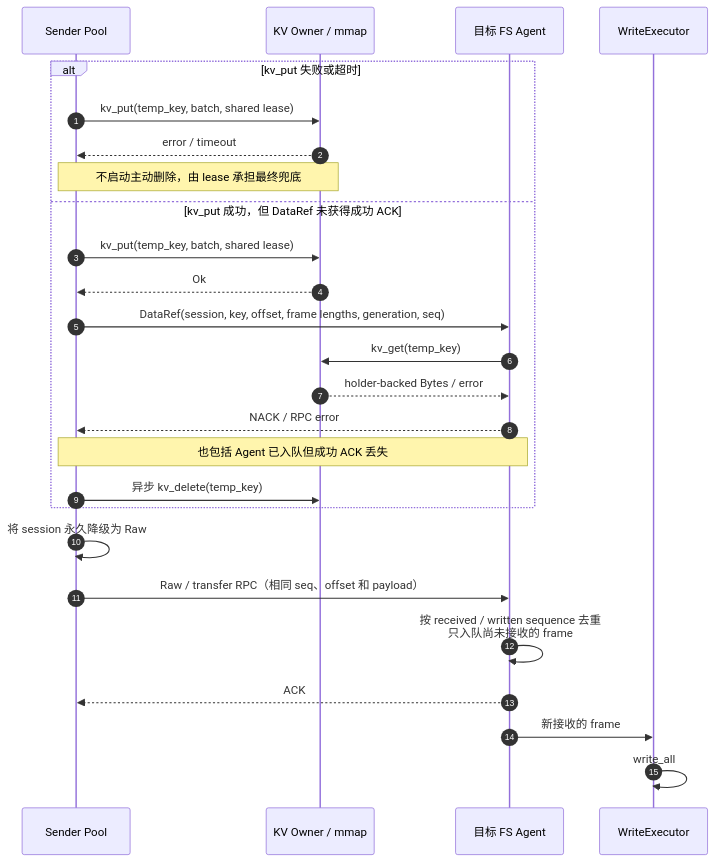
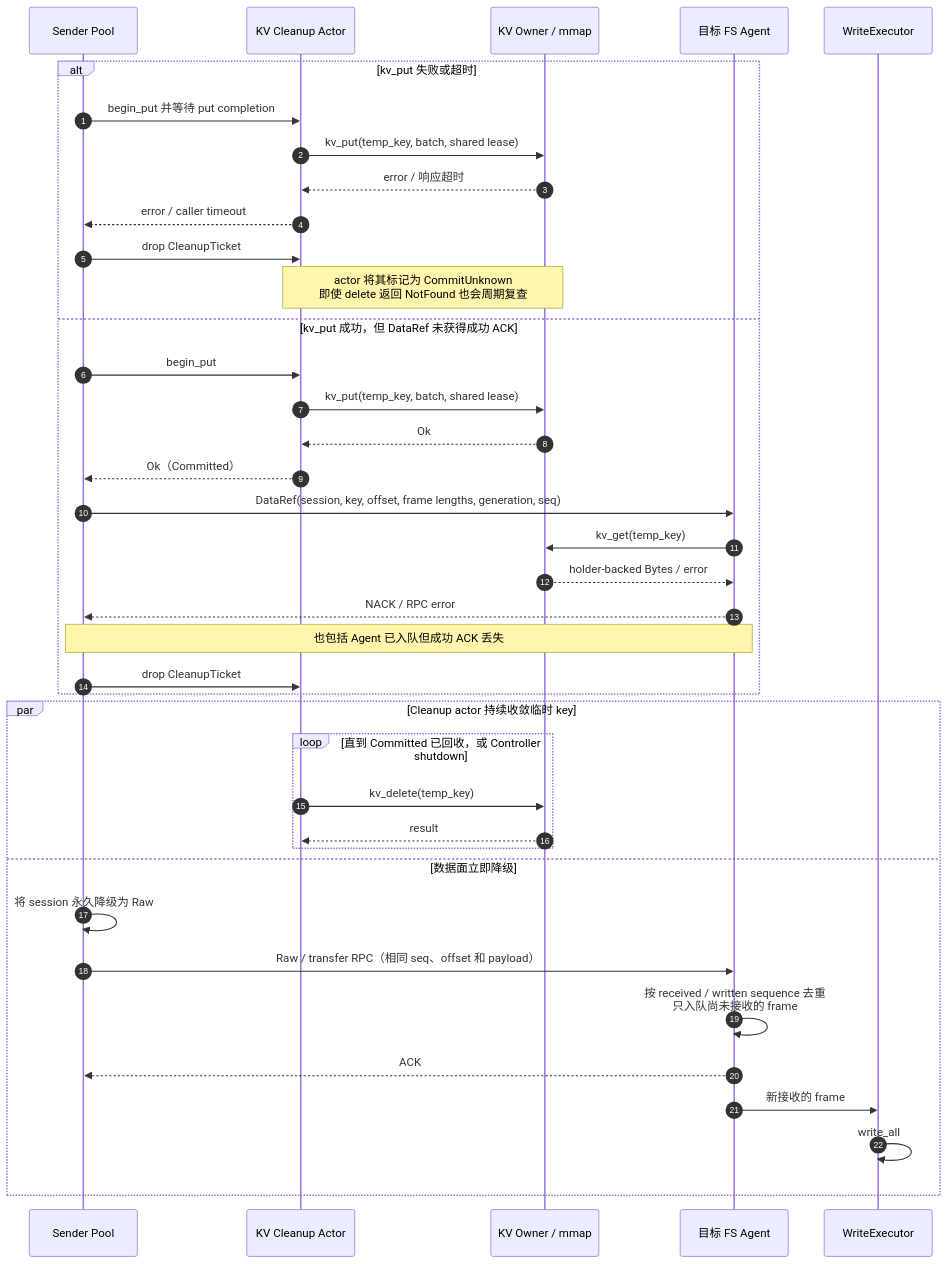
Diagram 11 of 20 in fluxon_doc_cn/design/fs_s3_1_混合写入链路.md (Tele-AI/Fluxon), drawn with Mermaid before and after one commit. The commit also changed other lines of this file and 6 other files, not shown here.

````diff
--- a/fluxon_doc_cn/design/fs_s3_1_混合写入链路.md
+++ b/fluxon_doc_cn/design/fs_s3_1_混合写入链路.md
@@ -491,30 +660,43 @@
 ```mermaid
 sequenceDiagram
     autonumber
     participant S as Sender Pool
+    participant D as KV Cleanup Actor
     participant O as KV Owner / mmap
     participant A as 目标 FS Agent
     participant W as WriteExecutor
 
     alt kv_put 失败或超时
-        S->>O: kv_put(temp_key, batch, shared lease)
-        O-->>S: error / timeout
-        Note over S,O: 不启动主动删除，由 lease 承担最终兜底
+        S->>D: begin_put 并等待 put completion
+        D->>O: kv_put(temp_key, batch, shared lease)
+        O-->>D: error / 响应超时
+        D-->>S: error / caller timeout
+        S->>D: drop CleanupTicket
+        Note over D,O: actor 将其标记为 CommitUnknown<br/>即使 delete 返回 NotFound 也会周期复查
     else kv_put 成功，但 DataRef 未获得成功 ACK
-        S->>O: kv_put(temp_key, batch, shared lease)
-        O-->>S: Ok
+        S->>D: begin_put
+        D->>O: kv_put(temp_key, batch, shared lease)
+        O-->>D: Ok
+        D-->>S: Ok（Committed）
         S->>A: DataRef(session, key, offset, frame lengths, generation, seq)
         A->>O: kv_get(temp_key)
         O-->>A: holder-backed Bytes / error
         A-->>S: NACK / RPC error
         Note over S,A: 也包括 Agent 已入队但成功 ACK 丢失
-        S->>O: 异步 kv_delete(temp_key)
+        S->>D: drop CleanupTicket
     end
 
-    S->>S: 将 session 永久降级为 Raw
-    S->>A: Raw / transfer RPC（相同 seq、offset 和 payload）
-    A->>A: 按 received / written sequence 去重<br/>只入队尚未接收的 frame
-    A-->>S: ACK
-    A->>W: 新接收的 frame
-    W->>W: write_all
+    par Cleanup actor 持续收敛临时 key
+        loop 直到 Committed 已回收，或 Controller shutdown
+            D->>O: kv_delete(temp_key)
+            O-->>D: result
+        end
+    and 数据面立即降级
+        S->>S: 将 session 永久降级为 Raw
+        S->>A: Raw / transfer RPC（相同 seq、offset 和 payload）
+        A->>A: 按 received / written sequence 去重<br/>只入队尚未接收的 frame
+        A-->>S: ACK
+        A->>W: 新接收的 frame
+        W->>W: write_all
+    end
 ```
````
